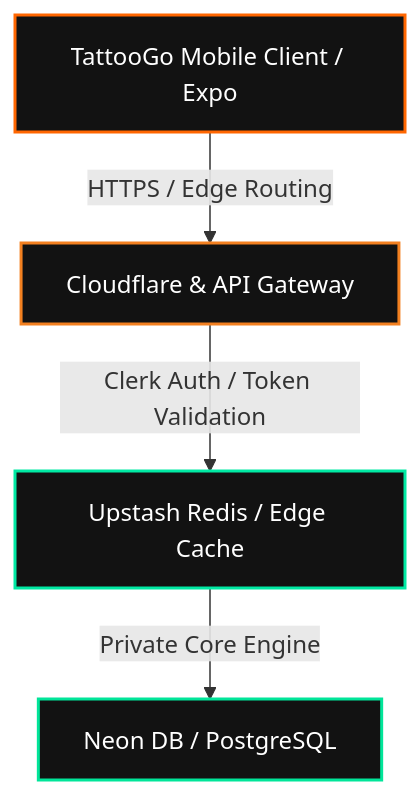
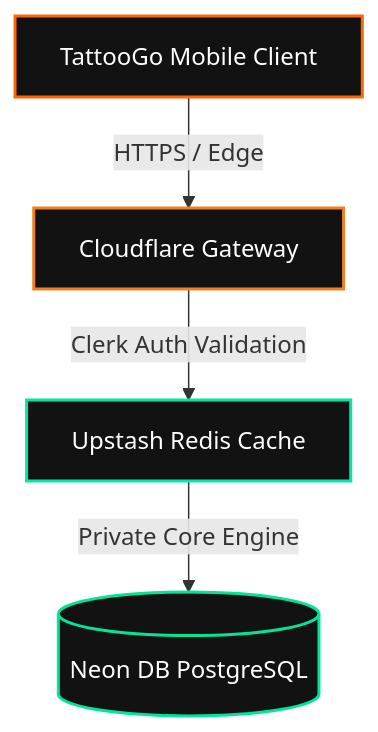
One commit to Gafisx/TattooGo-MK-Mobile changed the diagram in README.md. Above: the diagram before and after it, drawn with Mermaid. The commit also changed other lines of this file, not shown here.

Commit message:
docs: fix mermaid render and enterprise download badges styling Co-authored-by: monkeycode-ai <monkeycode-ai@chaitin.com>

````diff
--- a/README.md
+++ b/README.md
@@ -58,11 +67,11 @@
 ```mermaid
 graph TD
-    A["TattooGo Mobile Client / Expo"] -->|HTTPS / Edge Routing| B["Cloudflare & API Gateway"]
-    B -->|Clerk Auth / Token Validation| C["Upstash Redis / Edge Cache"]
-    C -->|Private Core Engine| D["Neon DB / PostgreSQL"]
+    A[TattooGo Mobile Client] -->|HTTPS / Edge| B[Cloudflare Gateway]
+    B -->|Clerk Auth Validation| C[Upstash Redis Cache]
+    C -->|Private Core Engine| D[(Neon DB PostgreSQL)]
 
     style A fill:#121212,stroke:#FF6600,stroke-width:2px,color:#fff
     style B fill:#121212,stroke:#F38020,stroke-width:2px,color:#fff
     style C fill:#121212,stroke:#00E9A3,stroke-width:2px,color:#fff
     style D fill:#121212,stroke:#00E599,stroke-width:2px,color:#fff
 ```
````
